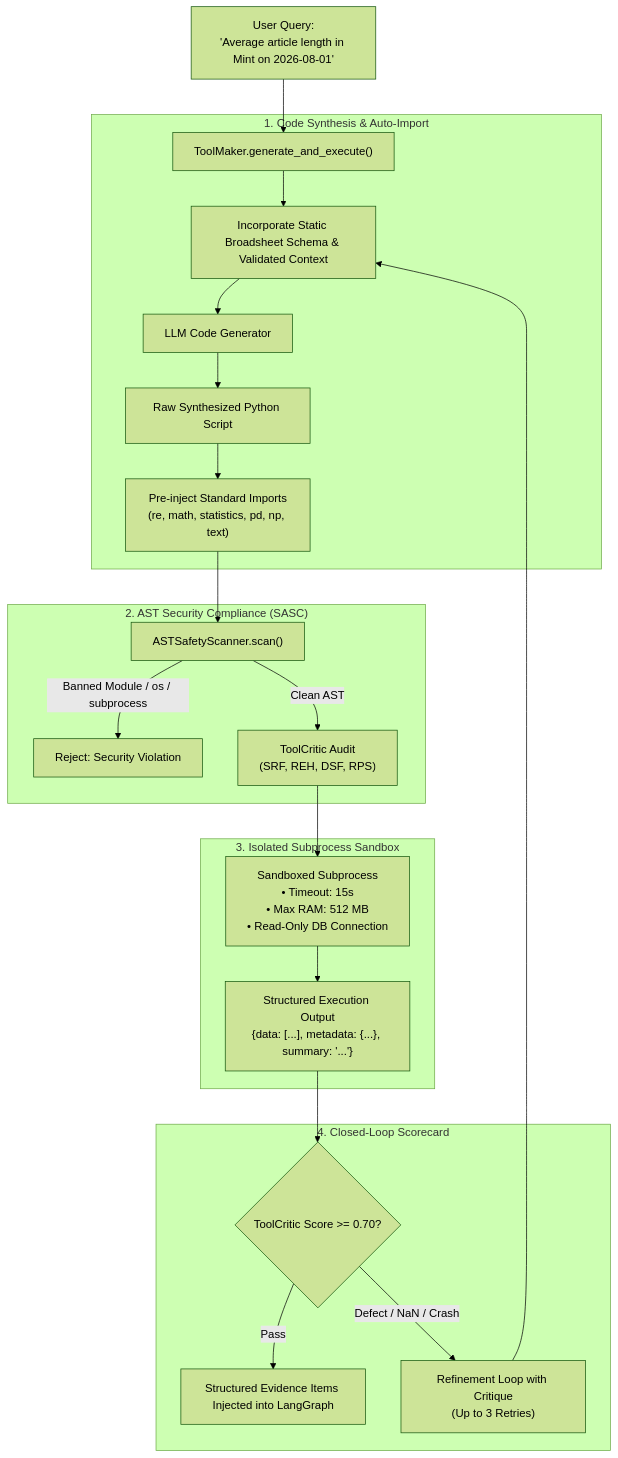
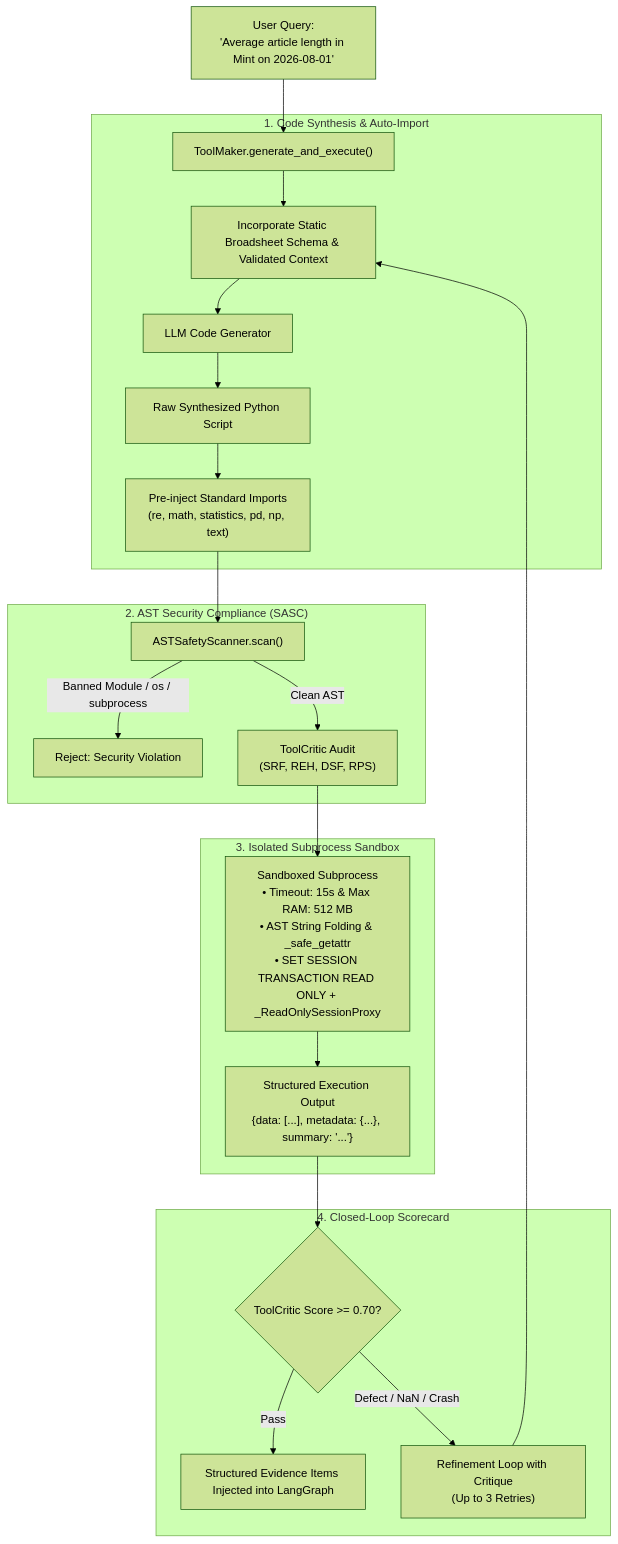
Before and after one commit to piyushgoel2808/NewsLens-AI: the third of 7 diagrams in docs/tools_reference_guide.md, drawn with Mermaid (forest theme). The commit also changed 53 other files, not shown here.

First line of the commit message:
fix(core,storage,frontend): resolve CodeRabbit review findings and harden system architecture

````diff
--- a/docs/tools_reference_guide.md
+++ b/docs/tools_reference_guide.md
@@ -144,29 +144,29 @@
 ```mermaid
 flowchart TD
     UserQuery["User Query:<br/>'Average article length in Mint on 2026-08-01'"] --> TM["ToolMaker.generate_and_execute()"]
     
     subgraph SYNTHESIS ["1. Code Synthesis & Auto-Import"]
         TM --> Prompt["Incorporate Static Broadsheet Schema & Validated Context"]
         Prompt --> LLM["LLM Code Generator"]
         LLM --> CodeSnippet["Raw Synthesized Python Script"]
         CodeSnippet --> PreInject["Pre-inject Standard Imports<br/>(re, math, statistics, pd, np, text)"]
     end
 
     subgraph AST_GATE ["2. AST Security Compliance (SASC)"]
         PreInject --> AST_Scan["ASTSafetyScanner.scan()"]
         AST_Scan -->|Banned Module / os / subprocess| RejectSec["Reject: Security Violation"]
         AST_Scan -->|Clean AST| AuditCritic["ToolCritic Audit<br/>(SRF, REH, DSF, RPS)"]
     end
 
     subgraph SANDBOX ["3. Isolated Subprocess Sandbox"]
-        AuditCritic --> Subprocess["Sandboxed Subprocess<br/>• Timeout: 15s<br/>• Max RAM: 512 MB<br/>• Read-Only DB Connection"]
+        AuditCritic --> Subprocess["Sandboxed Subprocess<br/>• Timeout: 15s & Max RAM: 512 MB<br/>• AST String Folding & _safe_getattr<br/>• SET SESSION TRANSACTION READ ONLY + _ReadOnlySessionProxy"]
         Subprocess --> ExecResult["Structured Execution Output<br/>{data: [...], metadata: {...}, summary: '...'}"]
     end
 
     subgraph VERDICT ["4. Closed-Loop Scorecard"]
         ExecResult --> Scorecard{"ToolCritic Score >= 0.70?"}
         Scorecard -->|Pass| Evidence["Structured Evidence Items Injected into LangGraph"]
         Scorecard -->|Defect / NaN / Crash| Retry["Refinement Loop with Critique<br/>(Up to 3 Retries)"]
         Retry --> Prompt
     end
 ```
````
